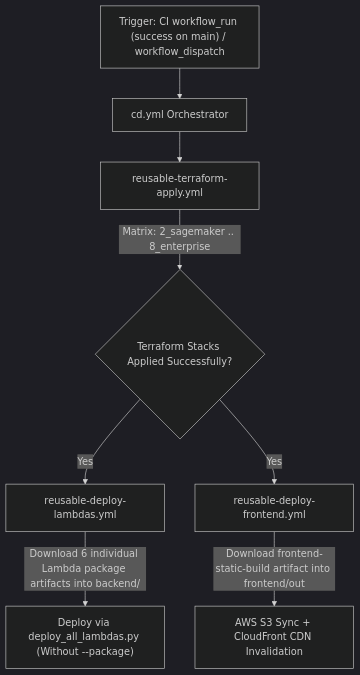
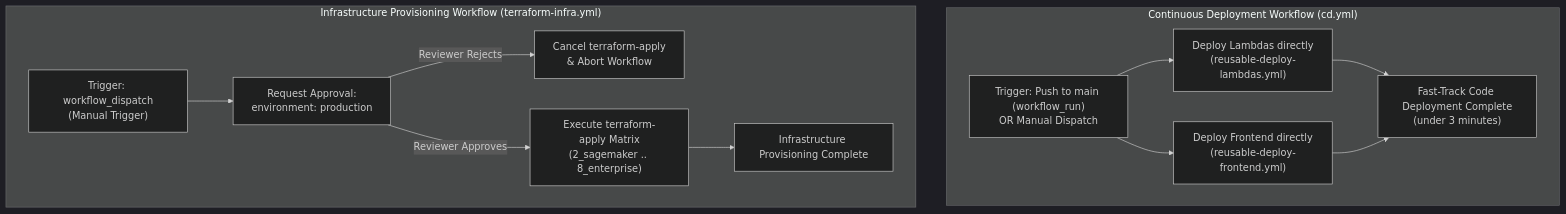
One commit to ajponte/alex changed the diagram in docs/specs/infrastructure/github_cd_spec.md. Above: the diagram before and after it, drawn with Mermaid (dark theme). The commit also changed other lines of this file and 4 other files, not shown here.

````diff
--- a/docs/specs/infrastructure/github_cd_spec.md
+++ b/docs/specs/infrastructure/github_cd_spec.md
@@ -107,10 +129,16 @@
 ```mermaid
 graph TD
-    A["Trigger: CI workflow_run (success on main) / workflow_dispatch"] --> B["cd.yml Orchestrator"]
-    B --> C["reusable-terraform-apply.yml"]
-    C -->|"Matrix: 2_sagemaker .. 8_enterprise"| D{"Terraform Stacks Applied Successfully?"}
-    D -->|"Yes"| E["reusable-deploy-lambdas.yml"]
-    D -->|"Yes"| F["reusable-deploy-frontend.yml"]
-    E -->|"Download 6 individual Lambda package artifacts into backend/"| G["Deploy via deploy_all_lambdas.py (Without --package)"]
-    F -->|"Download frontend-static-build artifact into frontend/out"| H["AWS S3 Sync + CloudFront CDN Invalidation"]
+    subgraph "Continuous Deployment Workflow (cd.yml)"
+        A1["Trigger: Push to main (workflow_run)<br>OR Manual Dispatch"] --> A2["Deploy Lambdas directly<br>(reusable-deploy-lambdas.yml)"]
+        A1 --> A3["Deploy Frontend directly<br>(reusable-deploy-frontend.yml)"]
+        A2 --> A4["Fast-Track Code Deployment Complete<br>(under 3 minutes)"]
+        A3 --> A4
+    end
+
+    subgraph "Infrastructure Provisioning Workflow (terraform-infra.yml)"
+        B1["Trigger: workflow_dispatch<br>(Manual Trigger)"] --> B2["Request Approval:<br>environment: production"]
+        B2 -->|"Reviewer Rejects"| B3["Cancel terraform-apply<br>& Abort Workflow"]
+        B2 -->|"Reviewer Approves"| B4["Execute terraform-apply Matrix<br>(2_sagemaker .. 8_enterprise)"]
+        B4 --> B5["Infrastructure Provisioning Complete"]
+    end
 ```
````
